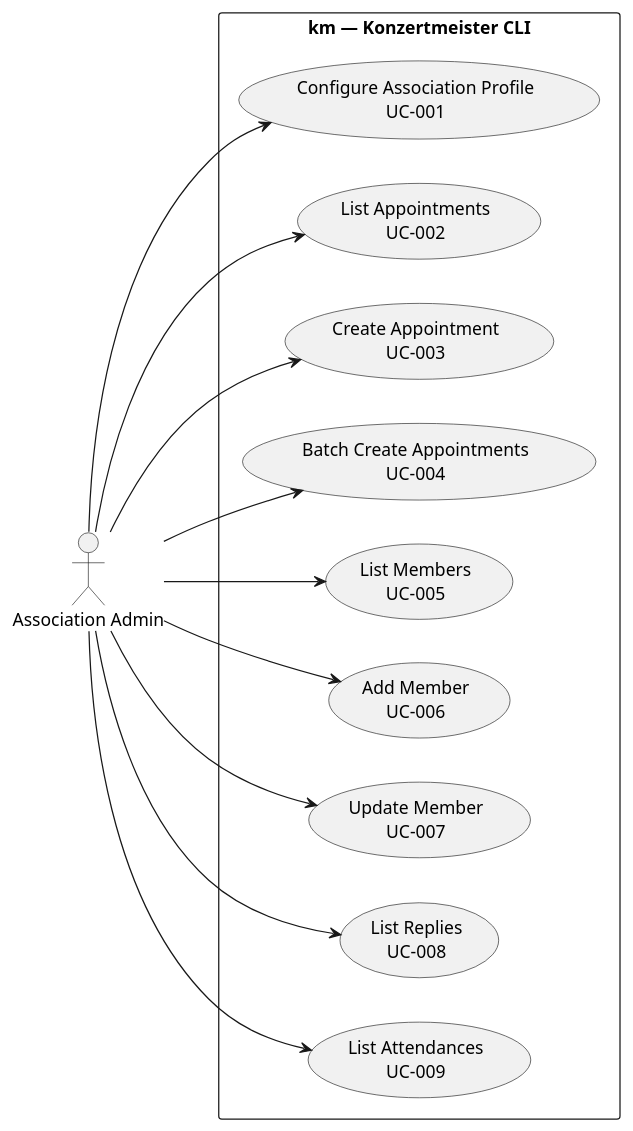
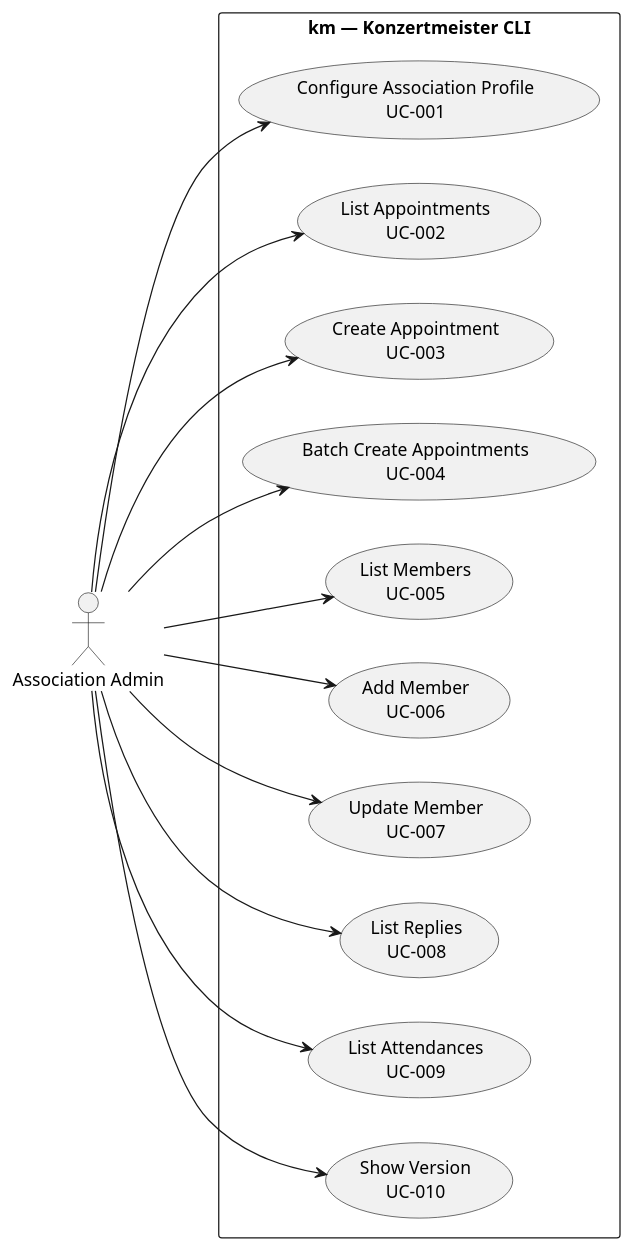
Before and after one commit to nikbucher/konzertmeister-cli: the diagram in docs/use_cases.puml, drawn with PlantUML. The commit also changed 5 other files, not shown here.

```diff
--- a/docs/use_cases.puml
+++ b/docs/use_cases.puml
@@ -1,28 +1,30 @@
 @startuml Use Cases Overview
 left to right direction
 
 actor "Association Admin" as admin
 
 rectangle "km — Konzertmeister CLI" {
     usecase "Configure Association Profile\nUC-001" as UC001
     usecase "List Appointments\nUC-002" as UC002
     usecase "Create Appointment\nUC-003" as UC003
     usecase "Batch Create Appointments\nUC-004" as UC004
     usecase "List Members\nUC-005" as UC005
     usecase "Add Member\nUC-006" as UC006
     usecase "Update Member\nUC-007" as UC007
     usecase "List Replies\nUC-008" as UC008
     usecase "List Attendances\nUC-009" as UC009
+    usecase "Show Version\nUC-010" as UC010
 }
 
 admin --> UC001
 admin --> UC002
 admin --> UC003
 admin --> UC004
 admin --> UC005
 admin --> UC006
 admin --> UC007
 admin --> UC008
 admin --> UC009
+admin --> UC010
 
 @enduml
```
